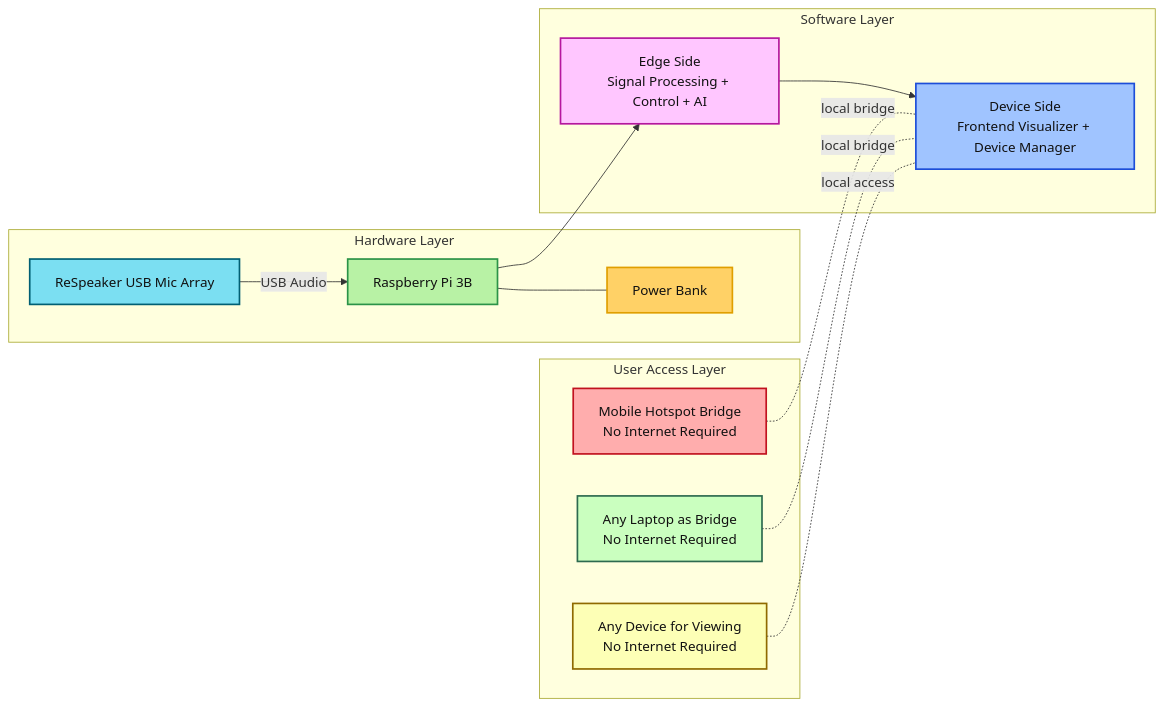
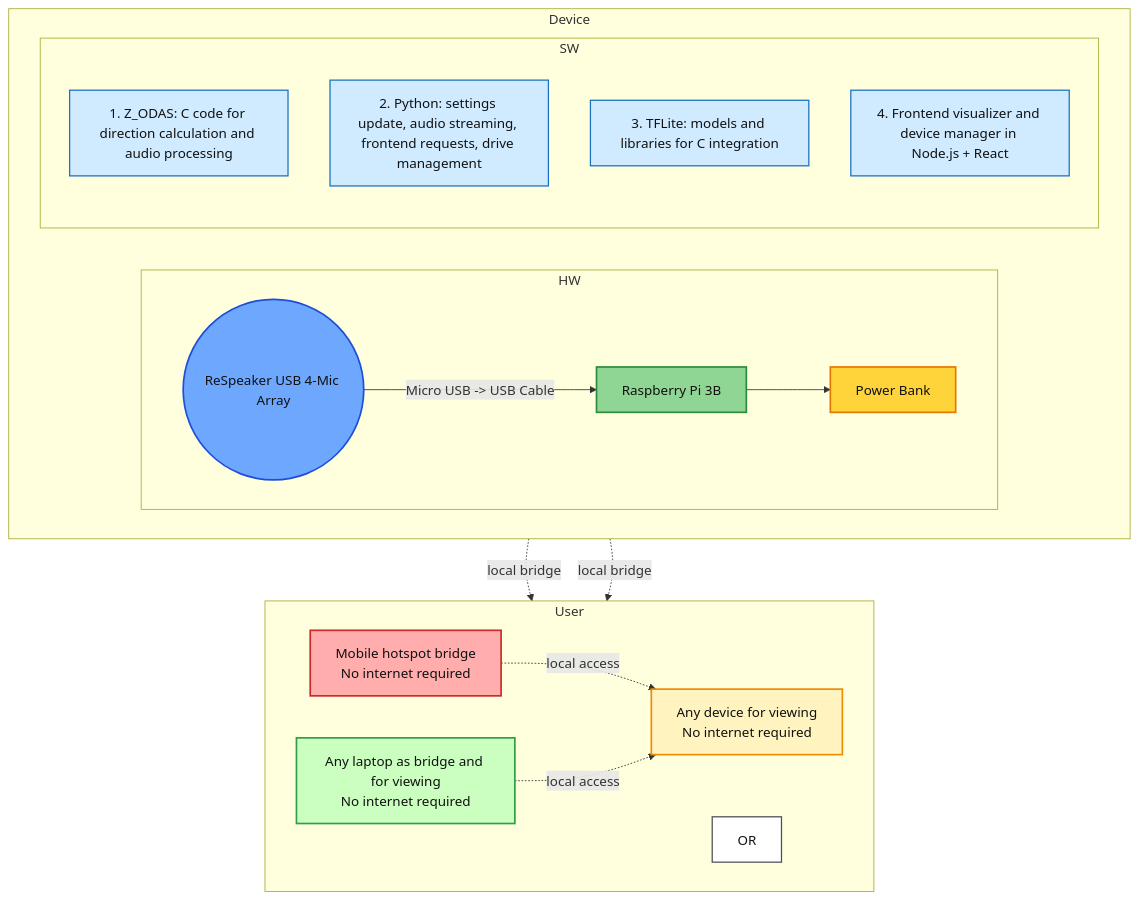
One commit to anamtya-tech/SonicWild_SpatialyAwareAcoustics changed the first of 2 diagrams in blue print/SonicWild_High_Level_Architecture.md. Above: the diagram before and after it, drawn with Mermaid.

Commit message:
Redraw image one as cleaner high-level block diagram

````diff
--- a/blue print/SonicWild_High_Level_Architecture.md
+++ b/blue print/SonicWild_High_Level_Architecture.md
@@ -9,36 +9,45 @@
 ```mermaid
-flowchart LR
-    subgraph HW[Hardware Layer]
-        MIC[ReSpeaker USB Mic Array]
-        RPI[Raspberry Pi 3B]
-        PWR[Power Bank]
-        MIC -->|USB Audio| RPI
-        RPI --- PWR
+flowchart TB
+    subgraph TOP[Device]
+        direction LR
+
+        subgraph HW[HW]
+            direction LR
+            MIC((ReSpeaker USB 4-Mic Array)) -->|Micro USB -> USB Cable| RPI[Raspberry Pi 3B]
+            RPI --> PWR[Power Bank]
+        end
+
+        subgraph SW[SW]
+            direction TB
+            SW1[1. Z_ODAS: C code for direction calculation and audio processing]
+            SW2[2. Python: settings update, audio streaming, frontend requests, drive management]
+            SW3[3. TFLite: models and libraries for C integration]
+            SW4[4. Frontend visualizer and device manager in Node.js + React]
+        end
     end
 
-    subgraph ACCESS[User Access Layer]
-        PHONE[Mobile Hotspot Bridge\nNo Internet Required]
-        LAPTOP[Any Laptop as Bridge\nNo Internet Required]
-        VIEWER[Any Device for Viewing\nNo Internet Required]
+    subgraph USER[User]
+        direction LR
+        PHONE[Mobile hotspot bridge\nNo internet required]
+        OR[OR]
+        LAPTOP[Any laptop as bridge and for viewing\nNo internet required]
+        VIEW[Any device for viewing\nNo internet required]
     end
 
-    subgraph SW[Software Layer]
-        EDGE[Edge Side\nSignal Processing + Control + AI]
-        DEVICE[Device Side\nFrontend Visualizer + Device Manager]
-    end
+    RPI -. local bridge .-> PHONE
+    RPI -. local bridge .-> LAPTOP
+    PHONE -. local access .-> VIEW
+    LAPTOP -. local access .-> VIEW
 
-    RPI --> EDGE
-    EDGE --> DEVICE
-    PHONE -. local bridge .- DEVICE
-    LAPTOP -. local bridge .- DEVICE
-    VIEWER -. local access .- DEVICE
-
-    style MIC fill:#7bdff2,stroke:#005f73,stroke-width:2px,color:#111111
-    style RPI fill:#b8f2a5,stroke:#2b9348,stroke-width:2px,color:#111111
-    style PWR fill:#ffd166,stroke:#e09f00,stroke-width:2px,color:#111111
-    style EDGE fill:#ffc6ff,stroke:#b5179e,stroke-width:2px,color:#111111
-    style DEVICE fill:#a0c4ff,stroke:#1d4ed8,stroke-width:2px,color:#111111
-    style PHONE fill:#ffadad,stroke:#c1121f,stroke-width:2px,color:#111111
-    style LAPTOP fill:#caffbf,stroke:#2d6a4f,stroke-width:2px,color:#111111
-    style VIEWER fill:#fdffb6,stroke:#8f6a00,stroke-width:2px,color:#111111
+    style MIC fill:#6ea8fe,stroke:#1d4ed8,stroke-width:2px,color:#111111
+    style RPI fill:#8fd694,stroke:#2b8a3e,stroke-width:2px,color:#111111
+    style PWR fill:#ffd43b,stroke:#e67700,stroke-width:2px,color:#111111
+    style SW1 fill:#d0ebff,stroke:#1971c2,stroke-width:1.5px,color:#111111
+    style SW2 fill:#d0ebff,stroke:#1971c2,stroke-width:1.5px,color:#111111
+    style SW3 fill:#d0ebff,stroke:#1971c2,stroke-width:1.5px,color:#111111
+    style SW4 fill:#d0ebff,stroke:#1971c2,stroke-width:1.5px,color:#111111
+    style PHONE fill:#ffadad,stroke:#c92a2a,stroke-width:2px,color:#111111
+    style LAPTOP fill:#caffbf,stroke:#2f9e44,stroke-width:2px,color:#111111
+    style VIEW fill:#fff3bf,stroke:#f08c00,stroke-width:2px,color:#111111
+    style OR fill:#ffffff,stroke:#495057,stroke-width:1.5px,color:#111111
 ```
````
